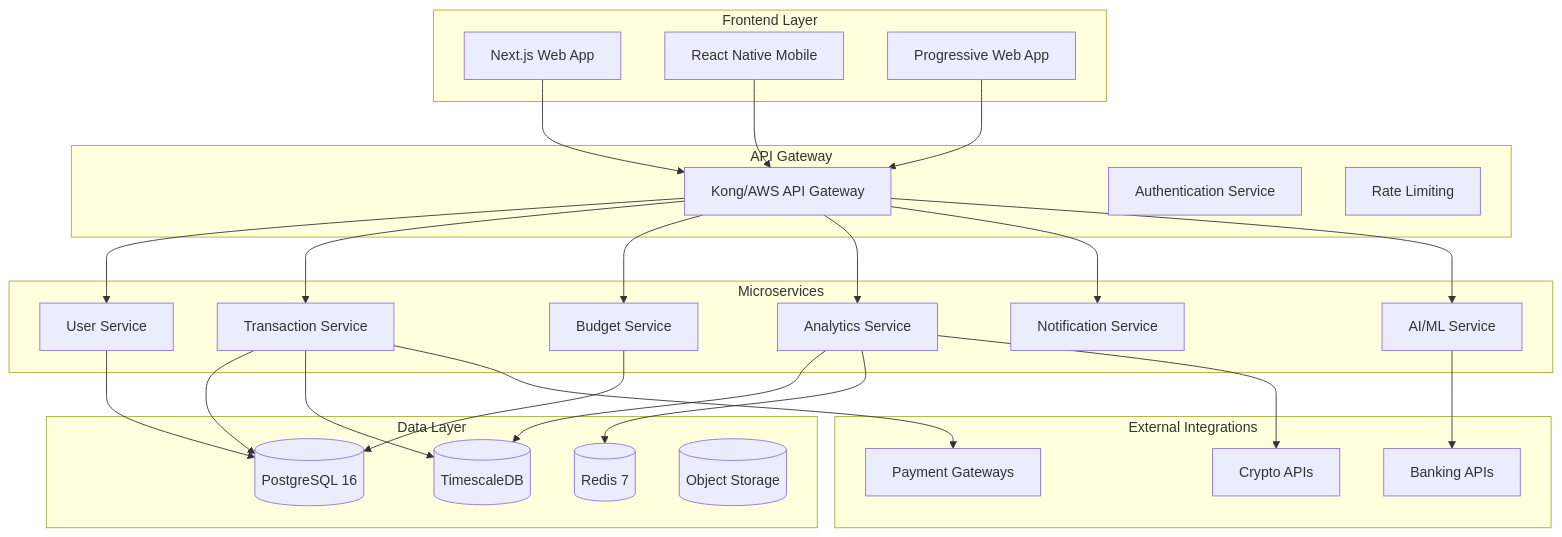
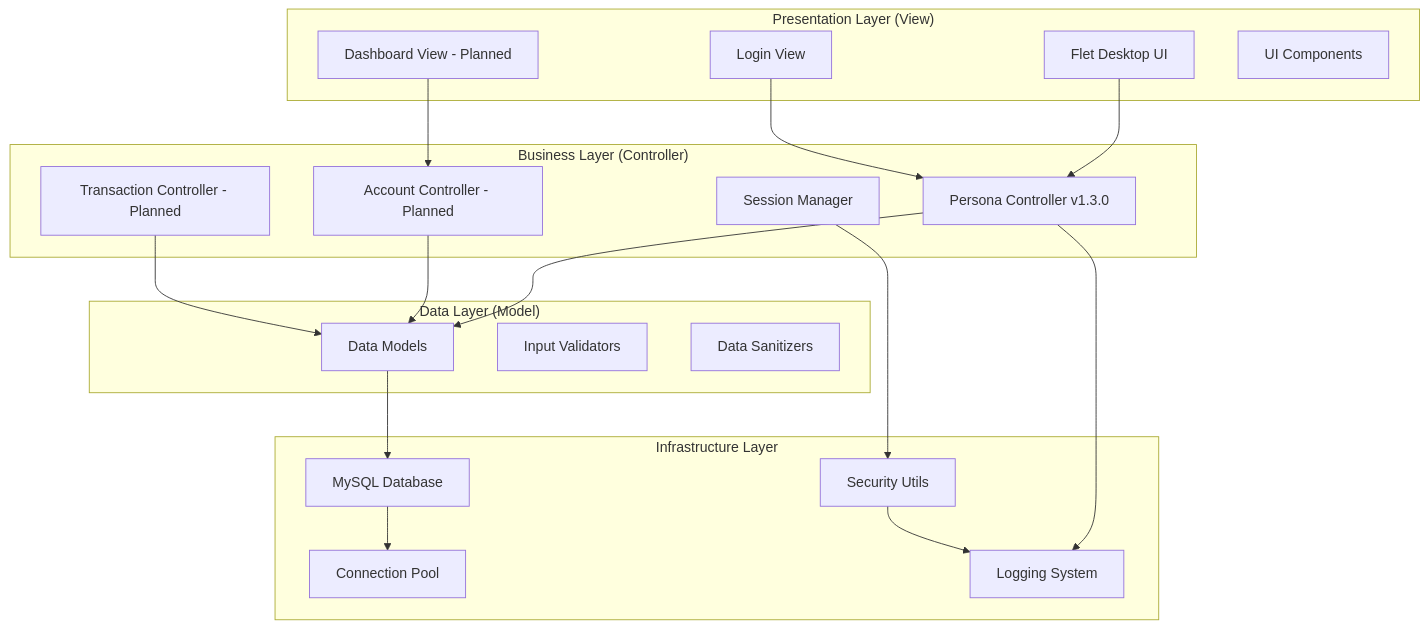
The first of 4 diagrams in documentacion/ARCHITECTURE.md (estebanfabianp/app-presopuesto), drawn with Mermaid before and after one commit. The commit also changed other lines of this file and 25 other files, not shown here.

````diff
--- a/documentacion/ARCHITECTURE.md
+++ b/documentacion/ARCHITECTURE.md
@@ -33,58 +33,44 @@
 ```mermaid
 graph TB
-    subgraph "Frontend Layer"
-        WEB[Next.js Web App]
-        MOBILE[React Native Mobile]
-        PWA[Progressive Web App]
+    subgraph "Presentation Layer (View)"
+        FLET[Flet Desktop UI]
+        LOGIN[Login View]
+        DASH[Dashboard View - Planned]
+        COMPONENTS[UI Components]
     end
     
-    subgraph "API Gateway"
-        GATEWAY[Kong/AWS API Gateway]
-        AUTH[Authentication Service]
-        RATE[Rate Limiting]
+    subgraph "Business Layer (Controller)"
+        PERSONA[Persona Controller v1.3.0]
+        ACCOUNT[Account Controller - Planned]
+        TRANS[Transaction Controller - Planned]
+        SESSION[Session Manager]
     end
     
-    subgraph "Microservices"
-        USER[User Service]
-        TRANS[Transaction Service]
-        BUDGET[Budget Service]
-        ANALYTICS[Analytics Service]
-        NOTIFICATION[Notification Service]
-        AI[AI/ML Service]
+    subgraph "Data Layer (Model)"
+        MODELS[Data Models]
+        VALIDATORS[Input Validators]
+        SANITIZERS[Data Sanitizers]
     end
     
-    subgraph "Data Layer"
-        POSTGRES[(PostgreSQL 16)]
-        REDIS[(Redis 7)]
-        TIMESCALE[(TimescaleDB)]
-        S3[(Object Storage)]
+    subgraph "Infrastructure Layer"
+        DB[MySQL Database]
+        POOL[Connection Pool]
+        SECURITY[Security Utils]
+        LOGS[Logging System]
     end
     
-    subgraph "External Integrations"
-        BANKS[Banking APIs]
-        PAYMENT[Payment Gateways]
-        CRYPTO[Crypto APIs]
-    end
+    FLET --> PERSONA
+    LOGIN --> PERSONA
+    DASH --> ACCOUNT
     
-    WEB --> GATEWAY
-    MOBILE --> GATEWAY
-    PWA --> GATEWAY
+    PERSONA --> MODELS
+    ACCOUNT --> MODELS
+    TRANS --> MODELS
     
-    GATEWAY --> USER
-    GATEWAY --> TRANS
-    GATEWAY --> BUDGET
-    GATEWAY --> ANALYTICS
-    GATEWAY --> NOTIFICATION
-    GATEWAY --> AI
+    MODELS --> DB
+    SESSION --> SECURITY
+    PERSONA --> LOGS
     
-    USER --> POSTGRES
-    TRANS --> POSTGRES
-    TRANS --> TIMESCALE
-    BUDGET --> POSTGRES
-    ANALYTICS --> TIMESCALE
-    ANALYTICS --> REDIS
-    
-    AI --> BANKS
-    TRANS --> PAYMENT
-    ANALYTICS --> CRYPTO
+    DB --> POOL
+    SECURITY --> LOGS
 ```
````
